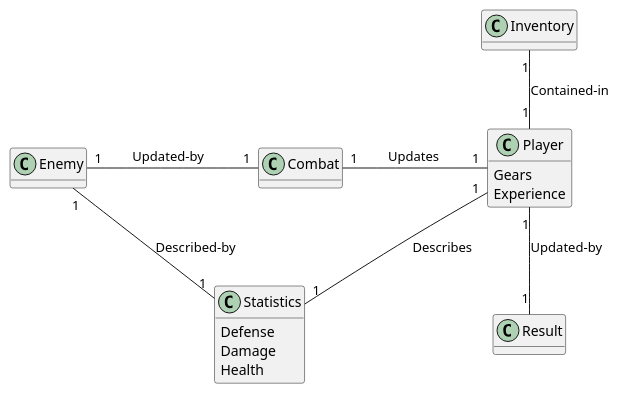
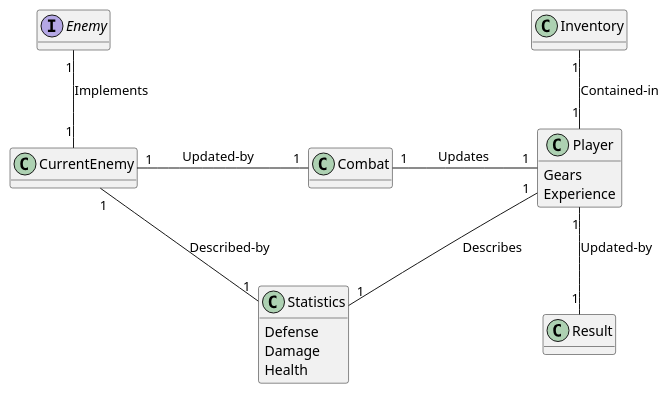
Before and after one commit to BillCheng9/Steampunk-Game: the diagram in doc/design.md, drawn with PlantUML.

````diff
--- a/doc/design.md
+++ b/doc/design.md
@@ -1,33 +1,30 @@
 ```plantuml
-<style>
-diamond {
-  BackgroundColor White
-}
-</style>
-
 hide Menu
 hide empty methods
 
 ' classes
 class Combat{
 }
 class Player{
 Gears
 Experience
 }
-class Enemy{
+interface Enemy{
+}
+class CurrentEnemy{
 }
 class Statistics{
 Defense
 Damage
 Health
 }
 
 ' associations
 Combat "1" - "1" Player : \tUpdates\t\t
-Combat "1" -left- "1" Enemy : \tUpdated-by\t\t
+CurrentEnemy "1" -up- "1" Enemy : Implements\t
+Combat "1" -left- "1" CurrentEnemy : \tUpdated-by\t\t
 Player "1" -down- "1" Statistics : Describes\t\t
-Enemy "1" -down- "1" Statistics : Described-by\t\t
+CurrentEnemy "1" -down- "1" Statistics : Described-by\t\t
 Player "1" -up- "1" Inventory : Contained-in\t
 Player "1" -down- "1" Result : Updated-by\t
 ```
````
